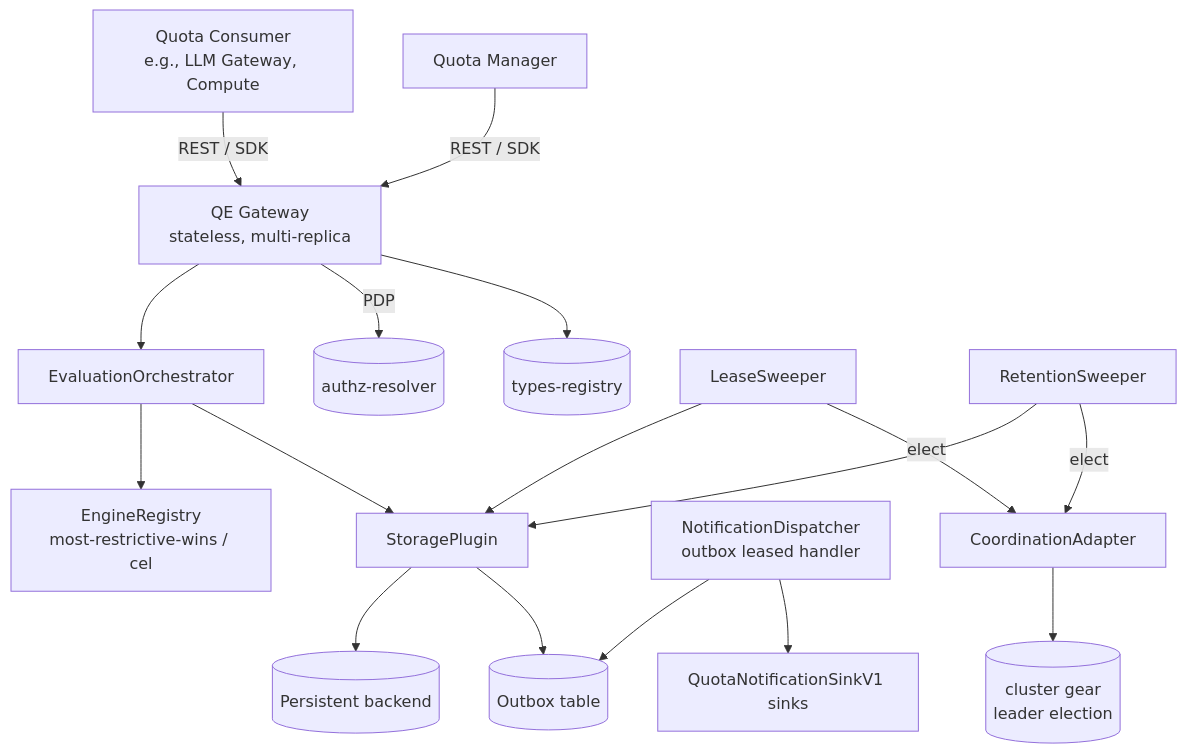
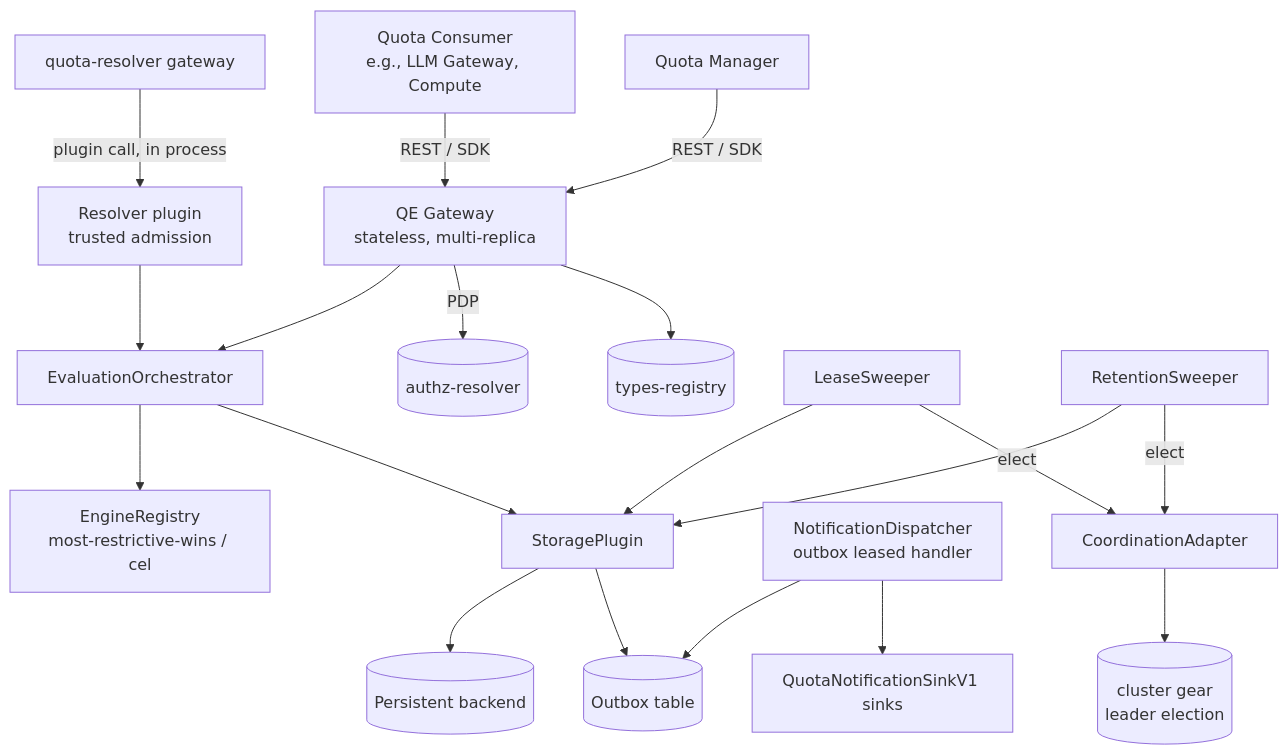
One commit to constructorfabric/gears-rust changed the first of 18 diagrams in gears/system/quota-enforcement/docs/DESIGN.md. Above: the diagram before and after it, drawn with Mermaid. The commit also changed other lines of this file and 48 other files, not shown here.

````diff
--- a/gears/system/quota-enforcement/docs/DESIGN.md
+++ b/gears/system/quota-enforcement/docs/DESIGN.md
@@ -138,19 +159,21 @@
 ```mermaid
 graph TB
     Consumer[Quota Consumer<br/>e.g., LLM Gateway, Compute] -->|REST / SDK| GW[QE Gateway<br/>stateless, multi-replica]
     QM[Quota Manager] -->|REST / SDK| GW
+    QR[quota-resolver gateway] -->|plugin call, in process| RP[Resolver plugin<br/>trusted admission]
+    RP --> Orchestrator
     GW --> Orchestrator[EvaluationOrchestrator]
     Orchestrator --> ER[EngineRegistry<br/>most-restrictive-wins / cel]
     Orchestrator --> SP[StoragePlugin]
     GW -->|PDP| AuthzResolver[(authz-resolver)]
     GW --> TR[(types-registry)]
     SP --> Backend[(Persistent backend)]
     SP --> Outbox[(Outbox table)]
     LS[LeaseSweeper] --> SP
     RS[RetentionSweeper] --> SP
     ND[NotificationDispatcher<br/>outbox leased handler] --> Outbox
     ND --> NotifPlug[QuotaNotificationSinkV1 sinks]
     LS -->|elect| CA[CoordinationAdapter]
     RS -->|elect| CA
         CA --> Cluster[(cluster gear<br/>leader election)]
 ```
````
